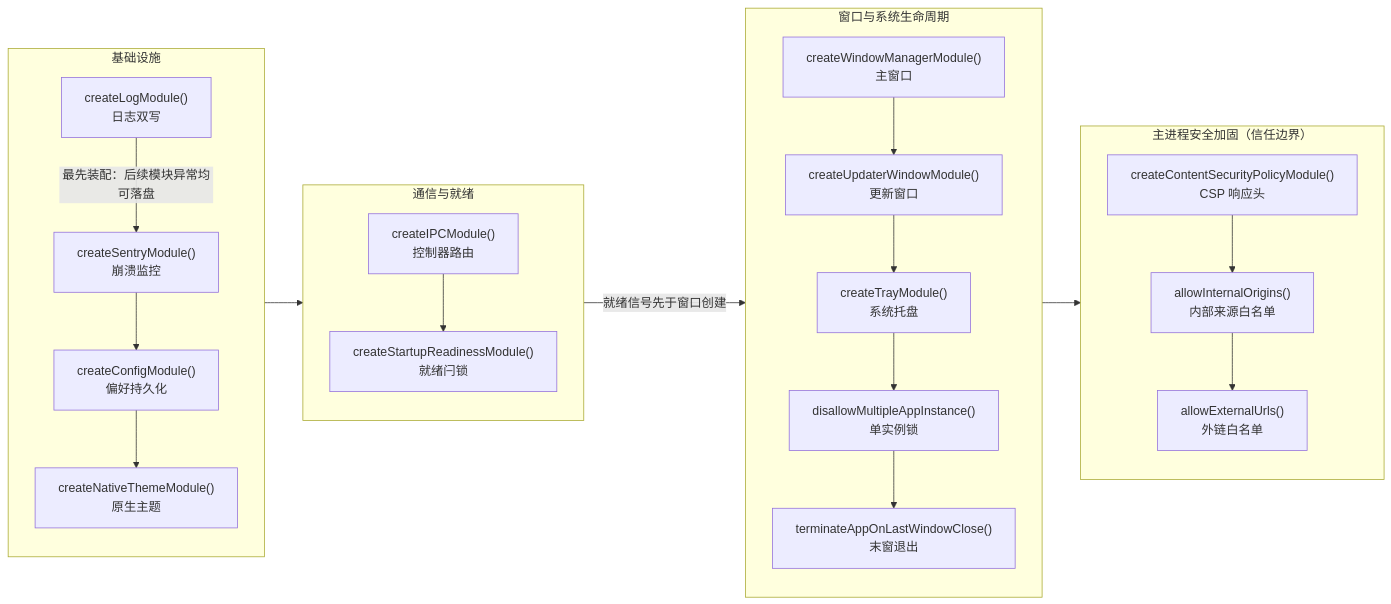
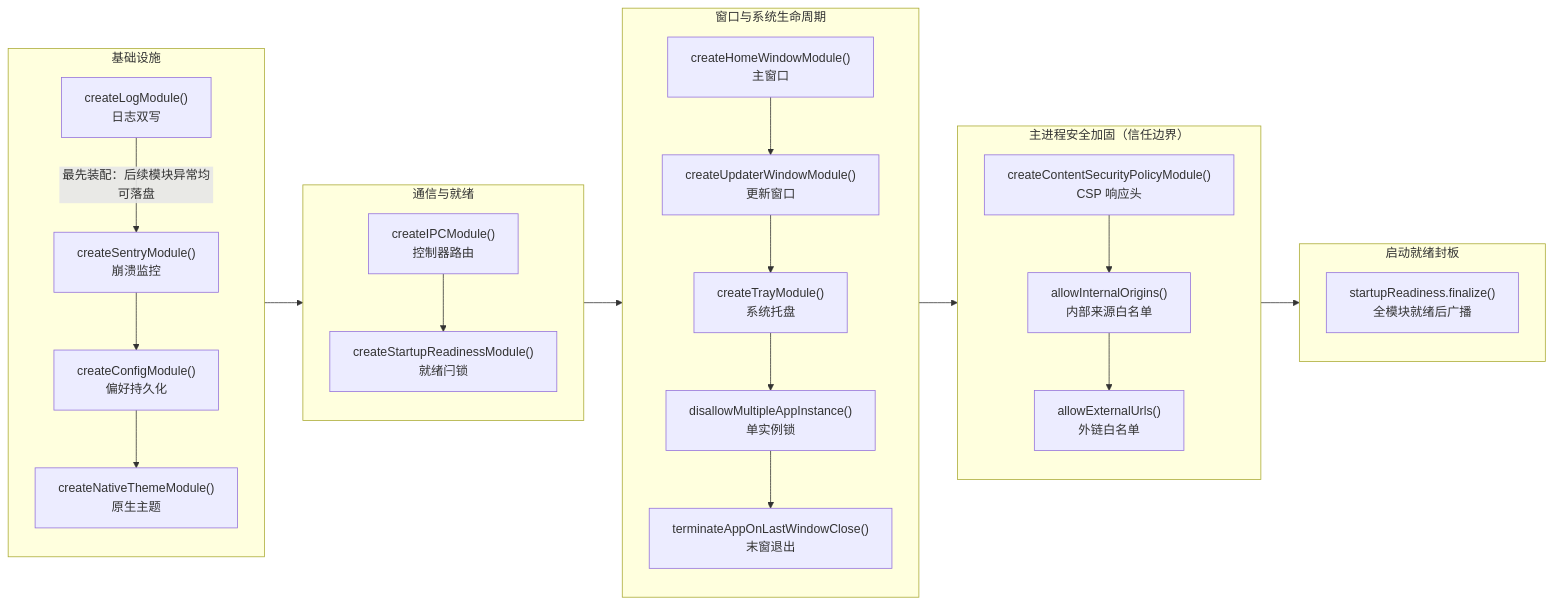
The diagram in packages/docs/src/pages/architecture/module-lifecycle.md (BanShan-Alec/electron-react-monorepo-template), drawn with Mermaid before and after one commit. The commit also changed other lines of this file and 46 other files, not shown here.

````diff
--- a/packages/docs/src/pages/architecture/module-lifecycle.md
+++ b/packages/docs/src/pages/architecture/module-lifecycle.md
@@ -21,41 +21,47 @@
 ```mermaid
 flowchart LR
   subgraph foundation["基础设施"]
     direction TB
     LOG["createLogModule()<br/>日志双写"]
     SENTRY["createSentryModule()<br/>崩溃监控"]
     CONFIG["createConfigModule()<br/>偏好持久化"]
     THEME["createNativeThemeModule()<br/>原生主题"]
     LOG -->|"最先装配：后续模块异常均可落盘"| SENTRY
     SENTRY --> CONFIG --> THEME
   end
 
   subgraph runtime["通信与就绪"]
     direction TB
     IPC["createIPCModule()<br/>控制器路由"]
     READY["createStartupReadinessModule()<br/>就绪闩锁"]
     IPC --> READY
   end
 
   subgraph windows["窗口与系统生命周期"]
     direction TB
-    WIN["createWindowManagerModule()<br/>主窗口"]
+    WIN["createHomeWindowModule()<br/>主窗口"]
     UPDATER_WIN["createUpdaterWindowModule()<br/>更新窗口"]
     TRAY["createTrayModule()<br/>系统托盘"]
     SINGLE["disallowMultipleAppInstance()<br/>单实例锁"]
     TERM["terminateAppOnLastWindowClose()<br/>末窗退出"]
     WIN --> UPDATER_WIN --> TRAY --> SINGLE --> TERM
   end
 
   subgraph security["主进程安全加固（信任边界）"]
     direction TB
     CSP["createContentSecurityPolicyModule()<br/>CSP 响应头"]
     ORIGIN["allowInternalOrigins()<br/>内部来源白名单"]
     EXT["allowExternalUrls()<br/>外链白名单"]
     CSP --> ORIGIN --> EXT
   end
 
+  subgraph finalize["启动就绪封板"]
+    direction TB
+    READY_FIN["startupReadiness.finalize()<br/>全模块就绪后广播"]
+  end
+
   foundation --> runtime
-  runtime -->|"就绪信号先于窗口创建"| windows
+  runtime --> windows
   windows --> security
+  security --> finalize
 ```
````
